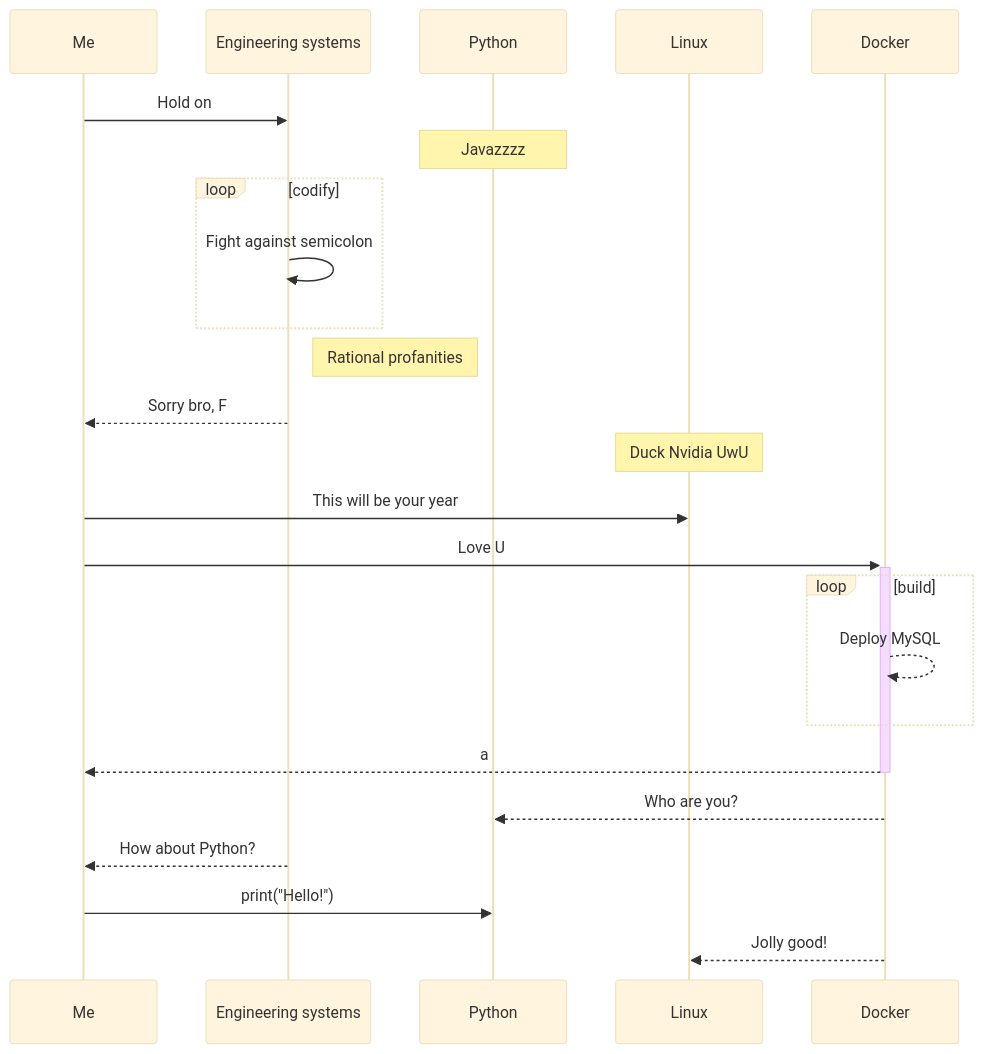
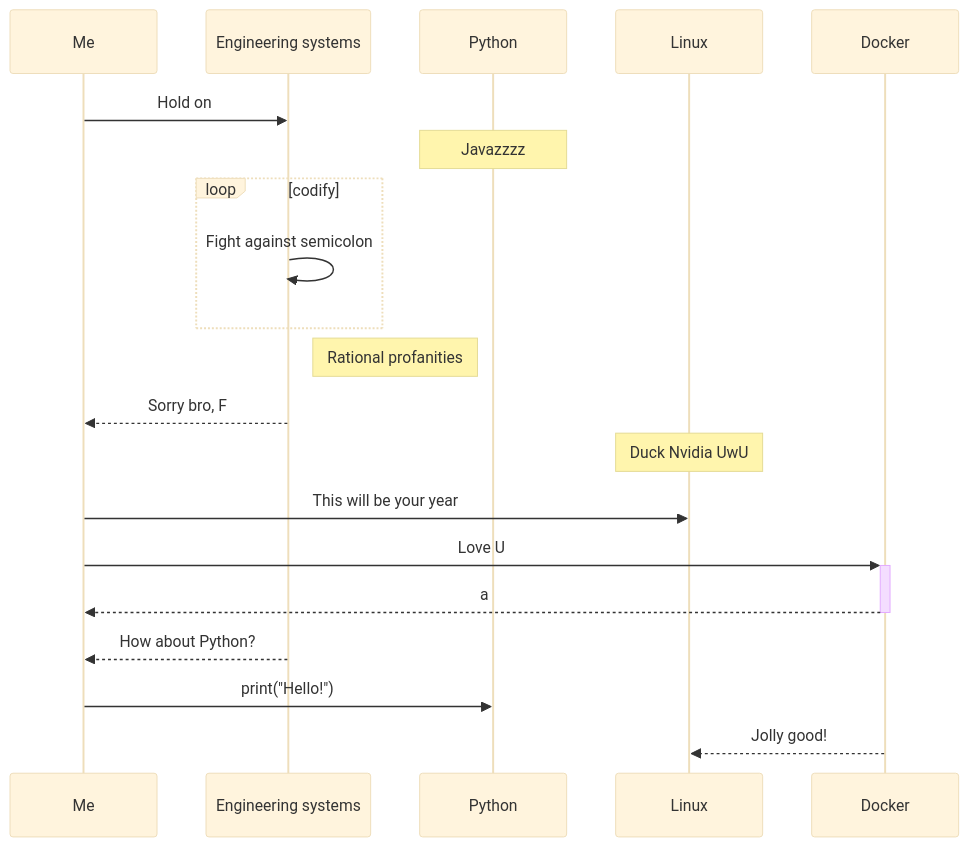
The diagram in README.md (hharieta/hharieta), drawn with Mermaid (base theme) before and after one commit. The commit also changed other lines of this file, not shown here.

Commit message:
delete loop from sequence diagram

````diff
--- a/README.md
+++ b/README.md
@@ -15,22 +15,18 @@
 ```mermaid
 sequenceDiagram
 
 Me->>Engineering systems: Hold on
 Note over Python: Javazzzz
 loop codify
     Engineering systems->>Engineering systems: Fight against semicolon
 end
 Note right of Engineering systems: Rational profanities
 Engineering systems-->>Me: Sorry bro, F
 Note over Linux: Duck Nvidia UwU
 Me->>Linux: This will be your year
 Me->>+Docker: Love U
-loop build
-  Docker-->>Docker: Deploy MySQL
-end
 Docker-->>-Me: a
-Docker-->>Python: Who are you?
 Engineering systems-->>Me: How about Python?
 Me->>Python: print("Hello!")
 Docker-->>Linux: Jolly good!
 ```
````
